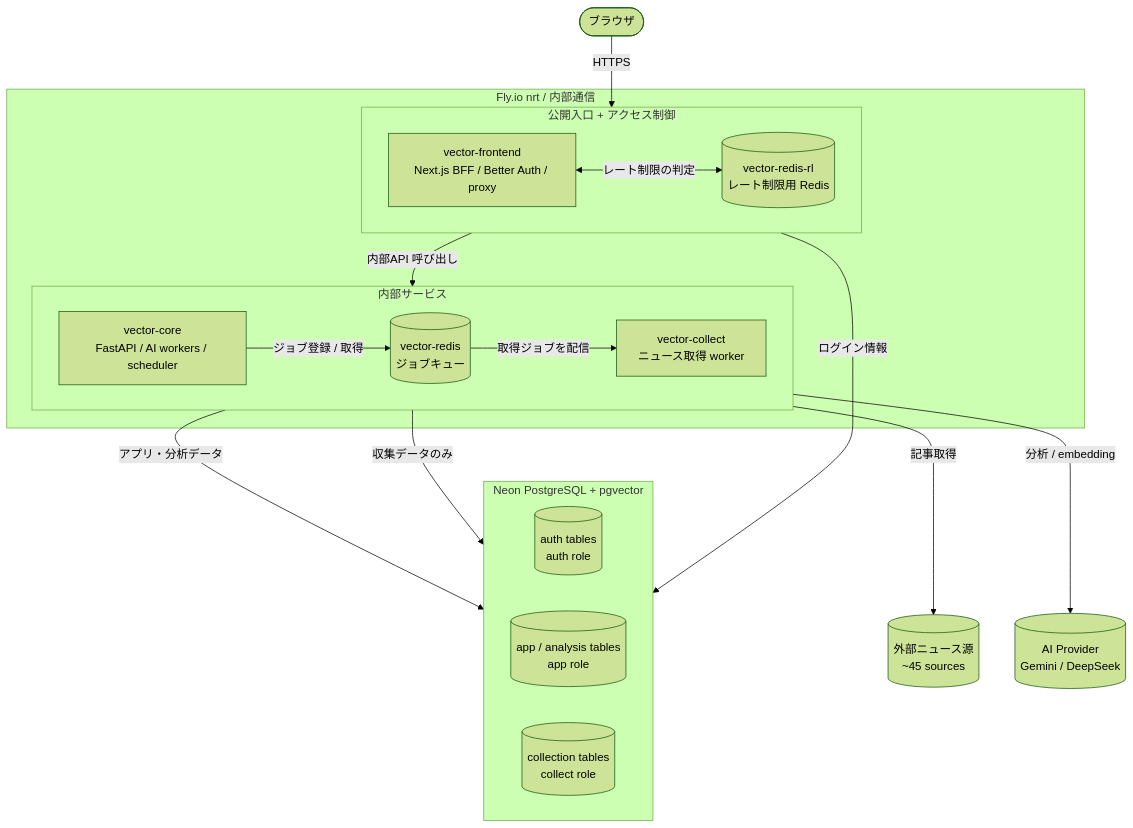
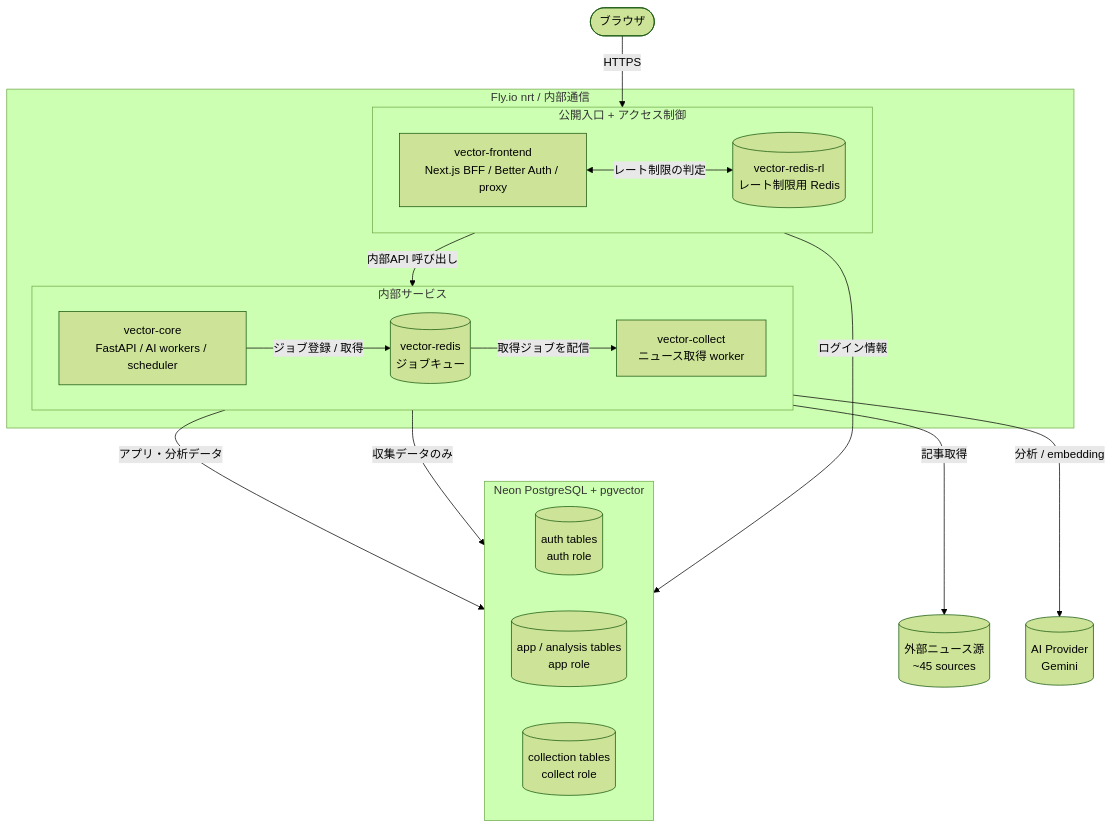
One commit to yook11/Vector changed the diagram in docs/architecture.md. Above: the diagram before and after it, drawn with Mermaid (forest theme). The commit also changed 6 other files, not shown here.

````diff
--- a/docs/architecture.md
+++ b/docs/architecture.md
@@ -49,41 +49,41 @@
 ```mermaid
 flowchart TB
     Browser([ブラウザ])
 
     subgraph Fly["Fly.io nrt / 内部通信"]
         subgraph Edge["公開入口 + アクセス制御"]
             direction LR
             FE["vector-frontend<br/>Next.js BFF / Better Auth / proxy"]
             RL[("vector-redis-rl<br/>レート制限用 Redis")]
             FE <-->|レート制限の判定| RL
         end
         subgraph Internal["内部サービス"]
             direction LR
             CORE["vector-core<br/>FastAPI / AI workers / scheduler"]
             BROKER[("vector-redis<br/>ジョブキュー")]
             COLLECT["vector-collect<br/>ニュース取得 worker"]
             CORE -->|ジョブ登録 / 取得| BROKER
             BROKER -->|取得ジョブを配信| COLLECT
         end
     end
 
     subgraph Neon["Neon PostgreSQL + pgvector"]
         direction LR
         AUTH_DB[("auth tables<br/>auth role")]
         APP_DB[("app / analysis tables<br/>app role")]
         COLLECT_DB[("collection tables<br/>collect role")]
     end
 
     News[("外部ニュース源<br/>~45 sources")]
-    AI[("AI Provider<br/>Gemini / DeepSeek")]
+    AI[("AI Provider<br/>Gemini")]
 
     Browser -->|HTTPS| FE
     FE -->|内部API 呼び出し| CORE
 
     FE -->|ログイン情報| AUTH_DB
     CORE -->|アプリ・分析データ| APP_DB
     COLLECT -->|収集データのみ| COLLECT_DB
 
     COLLECT -->|記事取得| News
     CORE -->|分析 / embedding| AI
 ```
````
